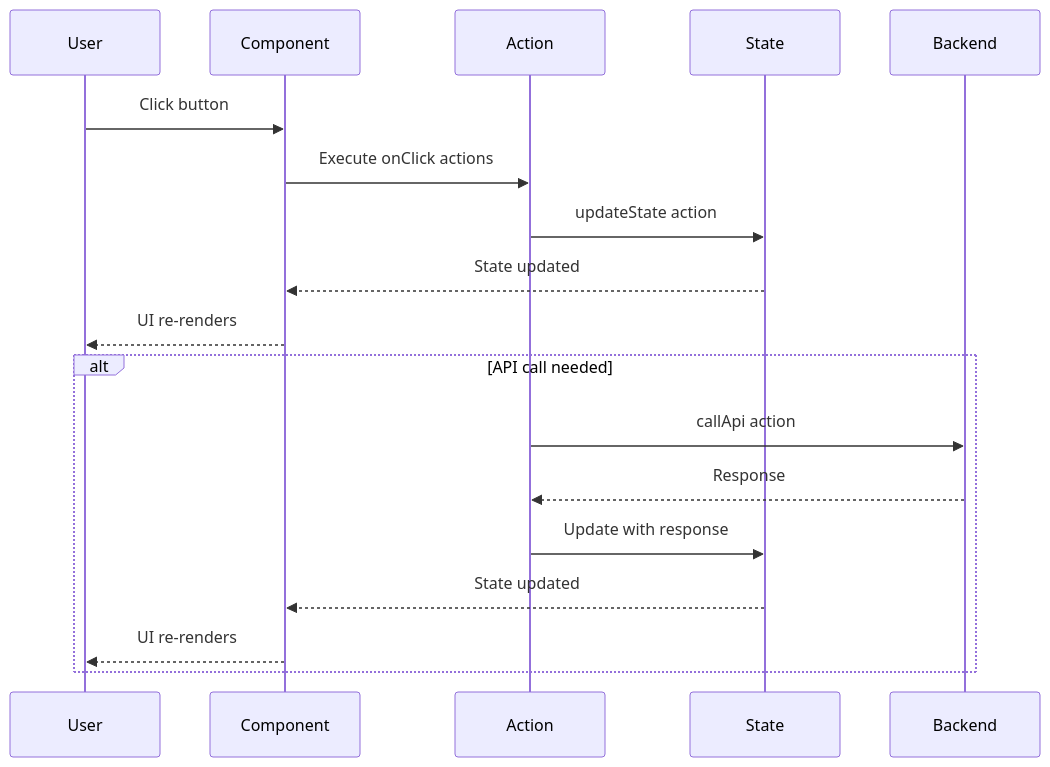
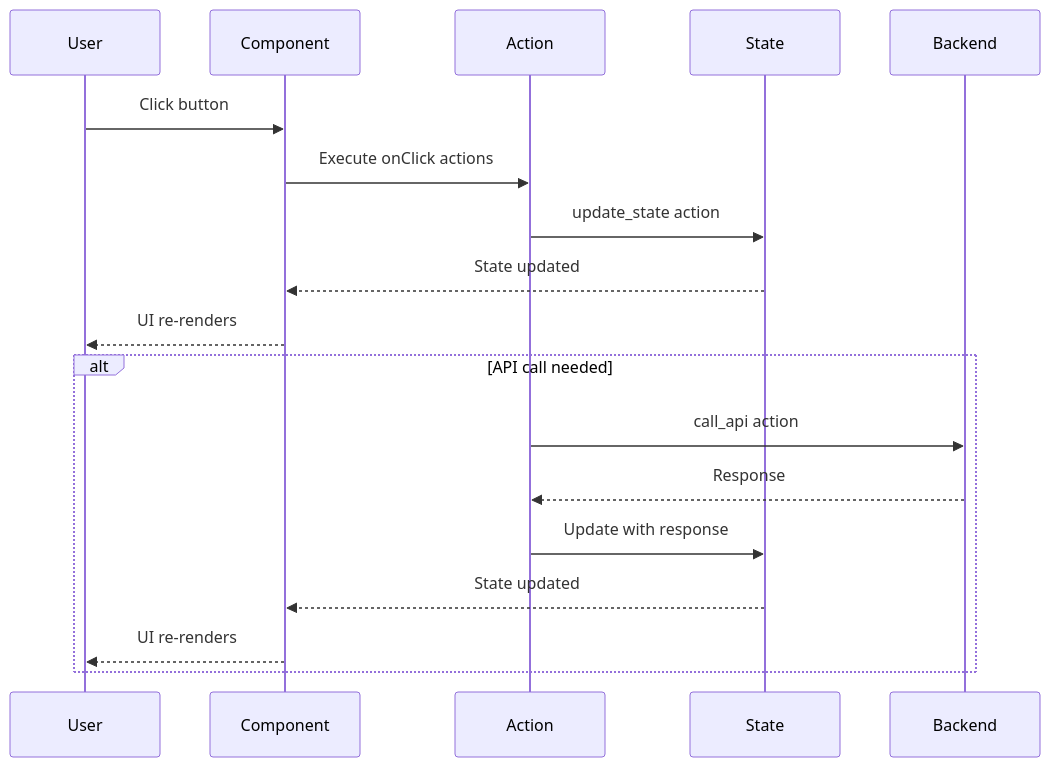
Before and after one commit to cyberpath-HQ/orbis: the fifth of 6 diagrams in docs/src/docs/core-concepts/architecture.mdx, drawn with Mermaid. The commit also changed 34 other files, not shown here.

Commit message:
refactor: Refactor action types from `updateState` and `callApi` to `update_state` and `call_api` across documentation for consistency and clarity. Update related examples and event handling sections to reflect these changes.

````diff
--- a/docs/src/docs/core-concepts/architecture.mdx
+++ b/docs/src/docs/core-concepts/architecture.mdx
@@ -210,22 +210,22 @@
 ```mermaid
 sequenceDiagram
     participant User
     participant Component
     participant Action
     participant State
     participant Backend
     
     User->>Component: Click button
     Component->>Action: Execute onClick actions
-    Action->>State: updateState action
+    Action->>State: update_state action
     State-->>Component: State updated
     Component-->>User: UI re-renders
     
     alt API call needed
-        Action->>Backend: callApi action
+        Action->>Backend: call_api action
         Backend-->>Action: Response
         Action->>State: Update with response
         State-->>Component: State updated
         Component-->>User: UI re-renders
     end
 ```
````
